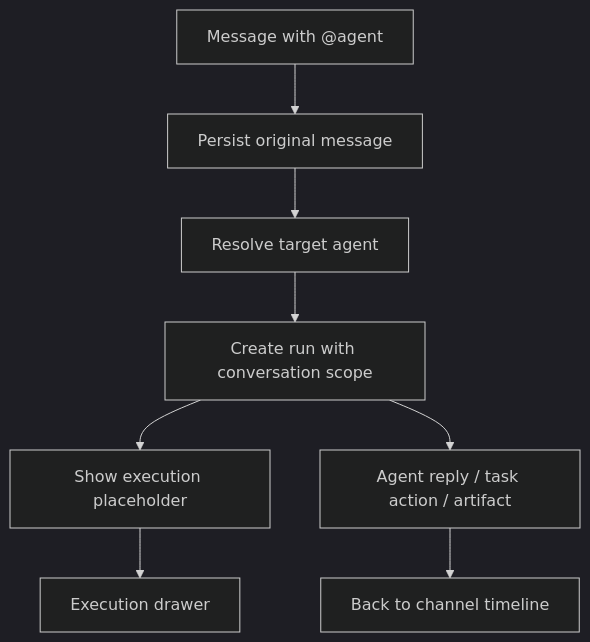
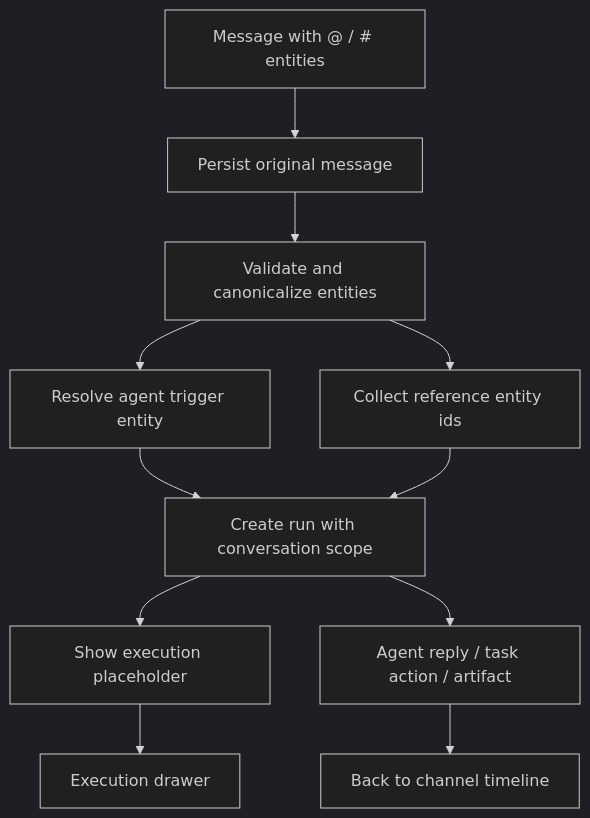
Before and after one commit to ffy6511/poco-docs-vercel: the second of 2 diagrams in content/docs/en/features/server-collaboration/conversations-and-tasks.mdx, drawn with Mermaid (dark theme). The commit also changed other lines of this file and 3 other files, not shown here.

````diff
--- a/content/docs/en/features/server-collaboration/conversations-and-tasks.mdx
+++ b/content/docs/en/features/server-collaboration/conversations-and-tasks.mdx
@@ -55,10 +57,13 @@
 ```mermaid
 flowchart TD
-    A["Message with @agent"] --> B["Persist original message"]
-    B --> C["Resolve target agent"]
-    C --> D["Create run with conversation scope"]
-    D --> E["Show execution placeholder"]
-    E --> F["Execution drawer"]
-    D --> G["Agent reply / task action / artifact"]
-    G --> H["Back to channel timeline"]
+    A["Message with @ / # entities"] --> B["Persist original message"]
+    B --> C["Validate and canonicalize entities"]
+    C --> D["Resolve agent trigger entity"]
+    C --> E["Collect reference entity ids"]
+    D --> F["Create run with conversation scope"]
+    E --> F
+    F --> G["Show execution placeholder"]
+    G --> H["Execution drawer"]
+    F --> I["Agent reply / task action / artifact"]
+    I --> J["Back to channel timeline"]
 ```
````
